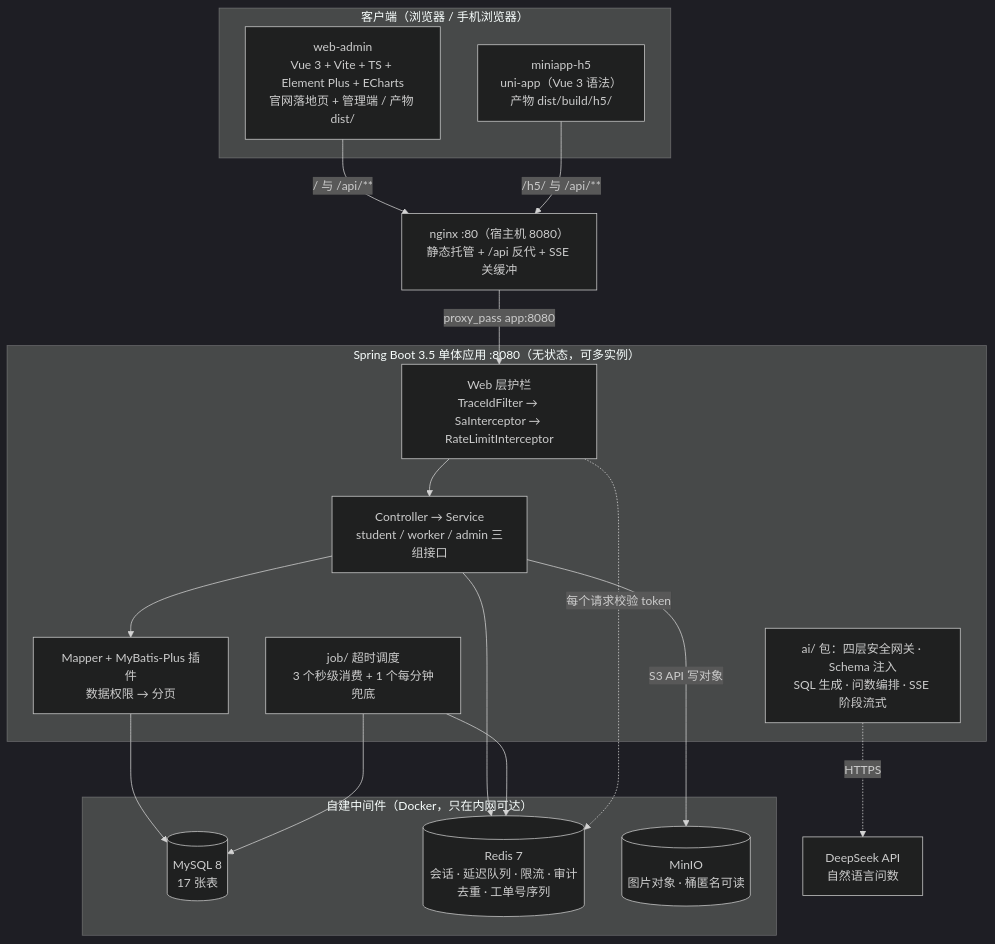
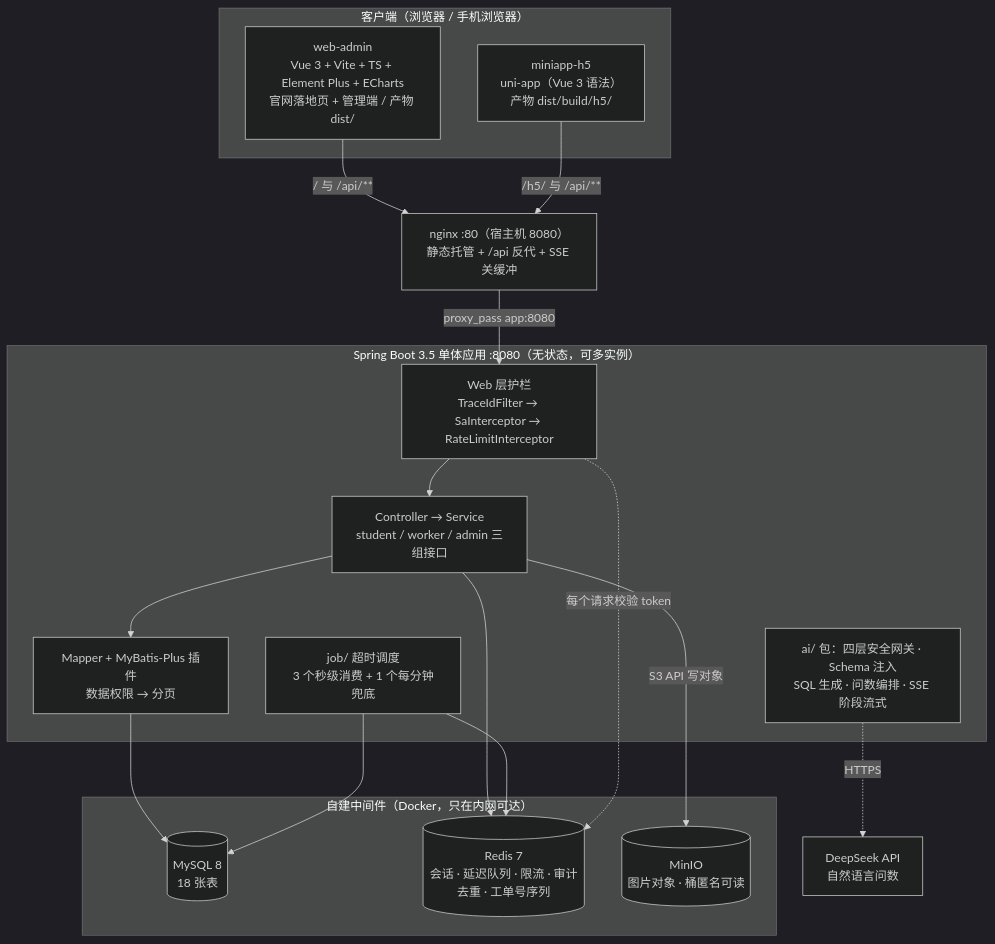
Before and after one commit to bluemalic/repair-platform: the second of 13 diagrams in docs/06-架构图.md, drawn with Mermaid (dark theme). The commit also changed other lines of this file and 28 other files, not shown here.

````diff
--- a/docs/06-架构图.md
+++ b/docs/06-架构图.md
@@ -76,38 +76,38 @@
 ```mermaid
 flowchart TB
     subgraph client["客户端（浏览器 / 手机浏览器）"]
         adminApp["web-admin<br/>Vue 3 + Vite + TS + Element Plus + ECharts<br/>官网落地页 + 管理端 / 产物 dist/"]
         h5App["miniapp-h5<br/>uni-app（Vue 3 语法）<br/>产物 dist/build/h5/"]
     end
 
     nginx["nginx :80（宿主机 8080）<br/>静态托管 + /api 反代 + SSE 关缓冲"]
 
     subgraph boot["Spring Boot 3.5 单体应用 :8080（无状态，可多实例）"]
         guard["Web 层护栏<br/>TraceIdFilter → SaInterceptor → RateLimitInterceptor"]
         biz["Controller → Service<br/>student / worker / admin 三组接口"]
         orm["Mapper + MyBatis-Plus 插件<br/>数据权限 → 分页"]
         sched["job/ 超时调度<br/>3 个秒级消费 + 1 个每分钟兜底"]
         aiPkg["ai/ 包：四层安全网关 · Schema 注入<br/>SQL 生成 · 问数编排 · SSE 阶段流式"]
     end
 
     subgraph infra["自建中间件（Docker，只在内网可达）"]
-        mysql[("MySQL 8<br/>17 张表")]
+        mysql[("MySQL 8<br/>18 张表")]
         redis[("Redis 7<br/>会话 · 延迟队列 · 限流 · 审计去重 · 工单号序列")]
         minio[("MinIO<br/>图片对象 · 桶匿名可读")]
     end
 
     deepseek["DeepSeek API<br/>自然语言问数"]
 
     adminApp -->|"/ 与 /api/**"| nginx
     h5App -->|"/h5/ 与 /api/**"| nginx
     nginx -->|"proxy_pass app:8080"| guard
     guard --> biz
     biz --> orm
     orm --> mysql
     biz --> redis
     biz -->|"S3 API 写对象"| minio
     sched --> redis
     sched --> mysql
     guard -.->|"每个请求校验 token"| redis
     aiPkg -.->|"HTTPS"| deepseek
 ```
````
